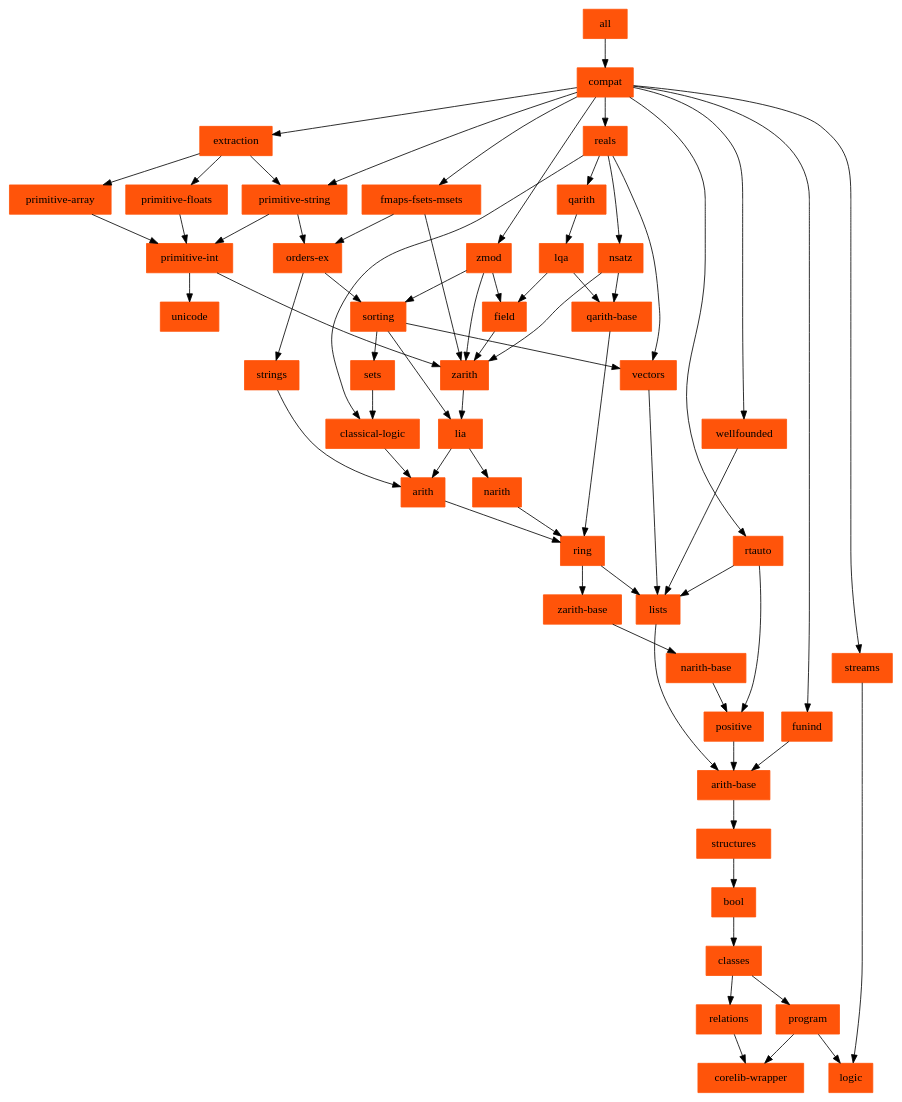
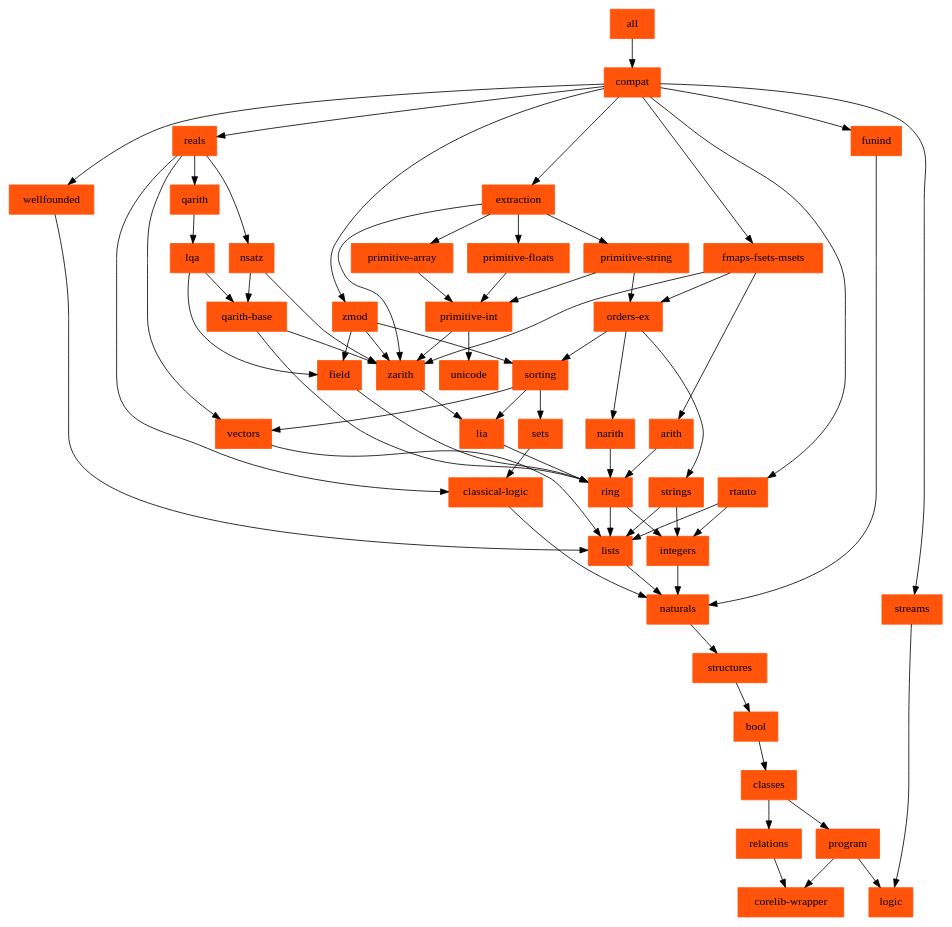
One commit to rocq-prover/stdlib changed the diagram in doc/stdlib/depends.dot. Above: the diagram before and after it, drawn with Graphviz. The commit also changed 70 other files, not shown here.

```diff
--- a/doc/stdlib/depends.dot
+++ b/doc/stdlib/depends.dot
@@ -1,78 +1,79 @@
 # this has been mostly automatically generated by dev/tools/make-depends.sh
 # when editing this, ensure to keep .nix/coq-overlays/stdlib-subcomponents
 # in sync
 digraph stdlib_deps {
 	node [color="#ff540a",
 		shape=rectangle,
 		style=filled
 		URL="#\N"
 	];
 	bool -> classes;
 	classes -> program;
 	classes -> relations;
 	program -> "corelib-wrapper";
 	program -> logic;
-	strings -> arith;
+	strings -> integers;
+	strings -> lists;
 	reals -> qarith;
 	reals -> vectors;
 	reals -> "classical-logic";
 	reals -> nsatz;
-	"arith-base" -> structures;
+	naturals -> structures;
+	integers -> naturals;
 	zarith -> lia;
 	zmod -> zarith;
 	zmod -> sorting;
 	zmod -> field;
 	qarith -> lqa;
-	positive -> "arith-base";
 	narith -> ring;
 	ring -> lists;
-	ring -> "zarith-base";
+	ring -> integers;
 	arith -> ring;
 	structures -> bool;
-	"narith-base" -> positive;
-	lists -> "arith-base";
-	"zarith-base" -> "narith-base";
+	lists -> naturals;
 	"primitive-int" -> zarith;
 	"primitive-int" -> unicode;
-	lia -> narith;
-	lia -> arith;
+	lia -> ring;
 	"fmaps-fsets-msets" -> zarith;
+	"fmaps-fsets-msets" -> arith;
 	"fmaps-fsets-msets" -> "orders-ex";
+	"orders-ex" -> narith;
 	"orders-ex" -> strings;
 	"orders-ex" -> sorting;
 	sets -> "classical-logic";
 	sorting -> lia;
 	sorting -> sets;
 	sorting -> vectors;
 	"primitive-floats" -> "primitive-int";
 	wellfounded -> lists;
 	relations -> "corelib-wrapper";
 	"primitive-string" -> "primitive-int";
 	"primitive-string" -> "orders-ex";
 	vectors -> lists;
-	field -> zarith;
+	field -> ring;
 	lqa -> field;
 	lqa -> "qarith-base";
 	"qarith-base" -> ring;
-	"classical-logic" -> arith;
+	"qarith-base" -> zarith;
+	"classical-logic" -> naturals;
 	nsatz -> zarith;
 	nsatz -> "qarith-base";
+	extraction -> "zarith";
 	extraction -> "primitive-string";
 	extraction -> "primitive-floats";
 	extraction -> "primitive-array";
 	"primitive-array" -> "primitive-int";
 	streams -> logic;
-	funind -> "arith-base";
-	rtauto -> positive;
+	funind -> naturals;
+	rtauto -> integers;
 	rtauto -> lists;
 	compat -> zmod;
 	compat -> reals;
 	compat -> "fmaps-fsets-msets";
 	compat -> wellfounded;
-	compat -> "primitive-string";
 	compat -> extraction;
 	compat -> streams;
 	compat -> funind;
 	compat -> rtauto;
         all -> compat
 }
```
